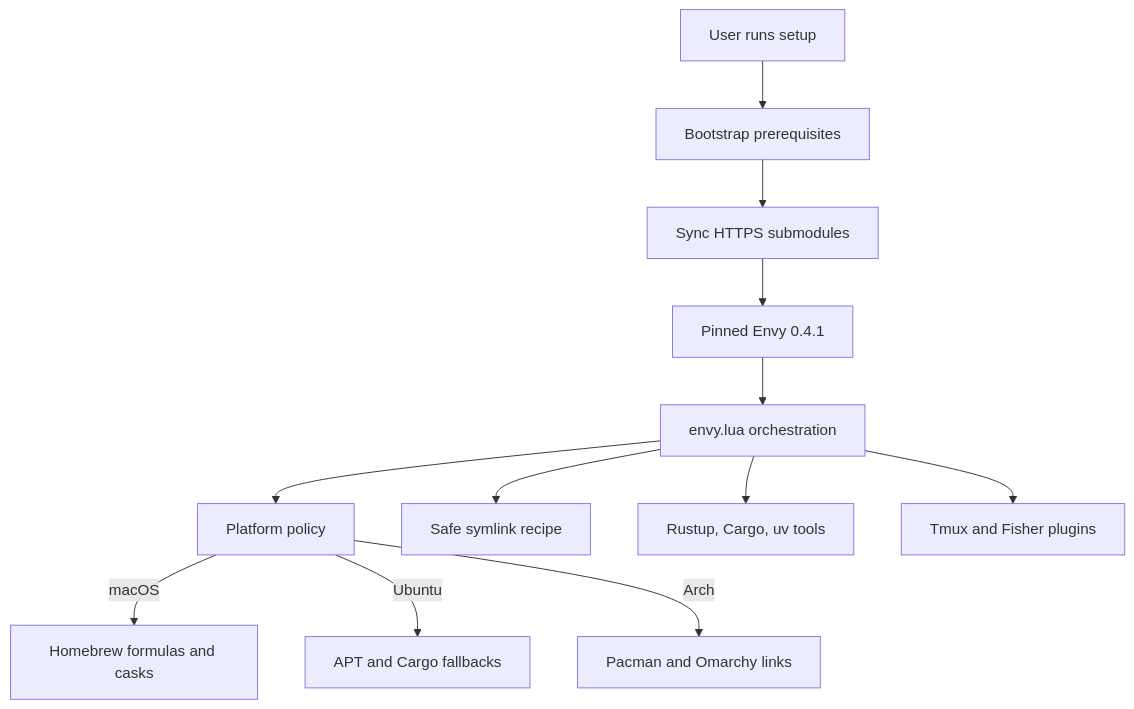
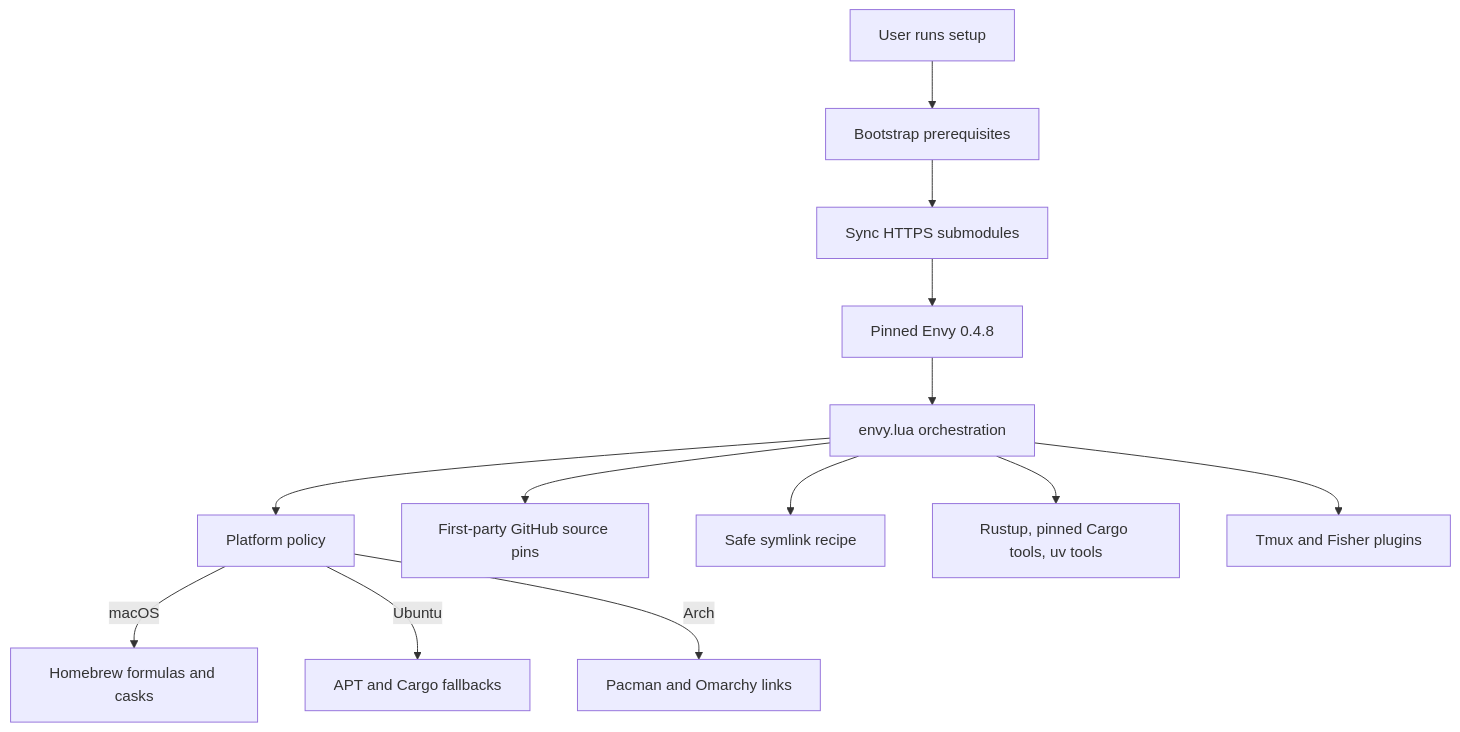
Before and after one commit to hantianjz/dotfiles: the first of 2 diagrams in docs/envy-cross-platform.md, drawn with Mermaid. The commit also changed other lines of this file and 9 other files, not shown here.

````diff
--- a/docs/envy-cross-platform.md
+++ b/docs/envy-cross-platform.md
@@ -36,14 +36,15 @@
 ```mermaid
 flowchart TB
     User[User runs setup] --> Bootstrap[Bootstrap prerequisites]
     Bootstrap --> Submodules[Sync HTTPS submodules]
-    Submodules --> Envy[Pinned Envy 0.4.1]
+    Submodules --> Envy[Pinned Envy 0.4.8]
     Envy --> Manifest[envy.lua orchestration]
     Manifest --> Policy[Platform policy]
+    Manifest --> GitHub[First-party GitHub source pins]
     Policy -->|macOS| Brew[Homebrew formulas and casks]
     Policy -->|Ubuntu| Apt[APT and Cargo fallbacks]
     Policy -->|Arch| Pacman[Pacman and Omarchy links]
     Manifest --> Links[Safe symlink recipe]
-    Manifest --> Tools[Rustup, Cargo, uv tools]
+    Manifest --> Tools[Rustup, pinned Cargo tools, uv tools]
     Manifest --> Plugins[Tmux and Fisher plugins]
 ```
````
